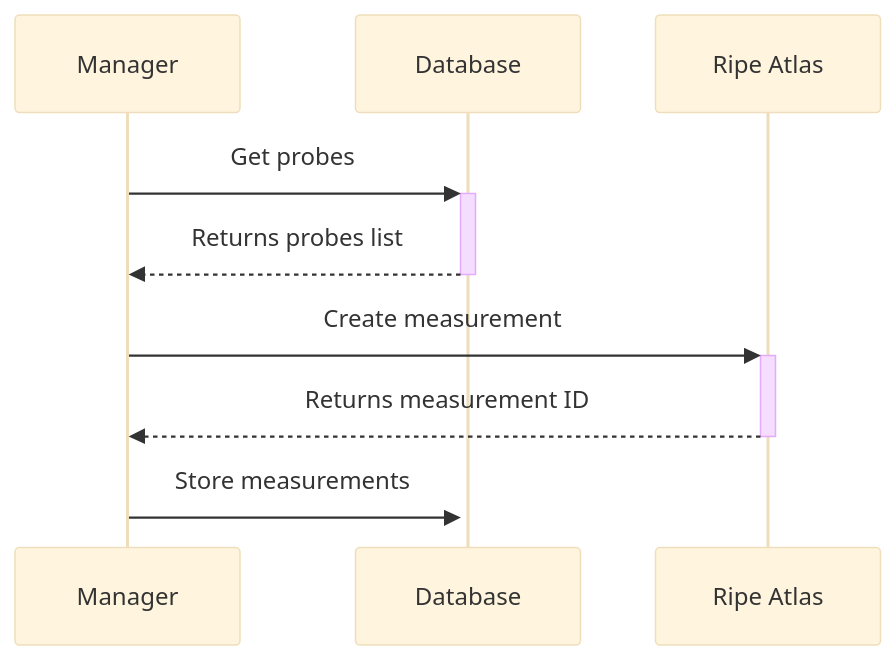
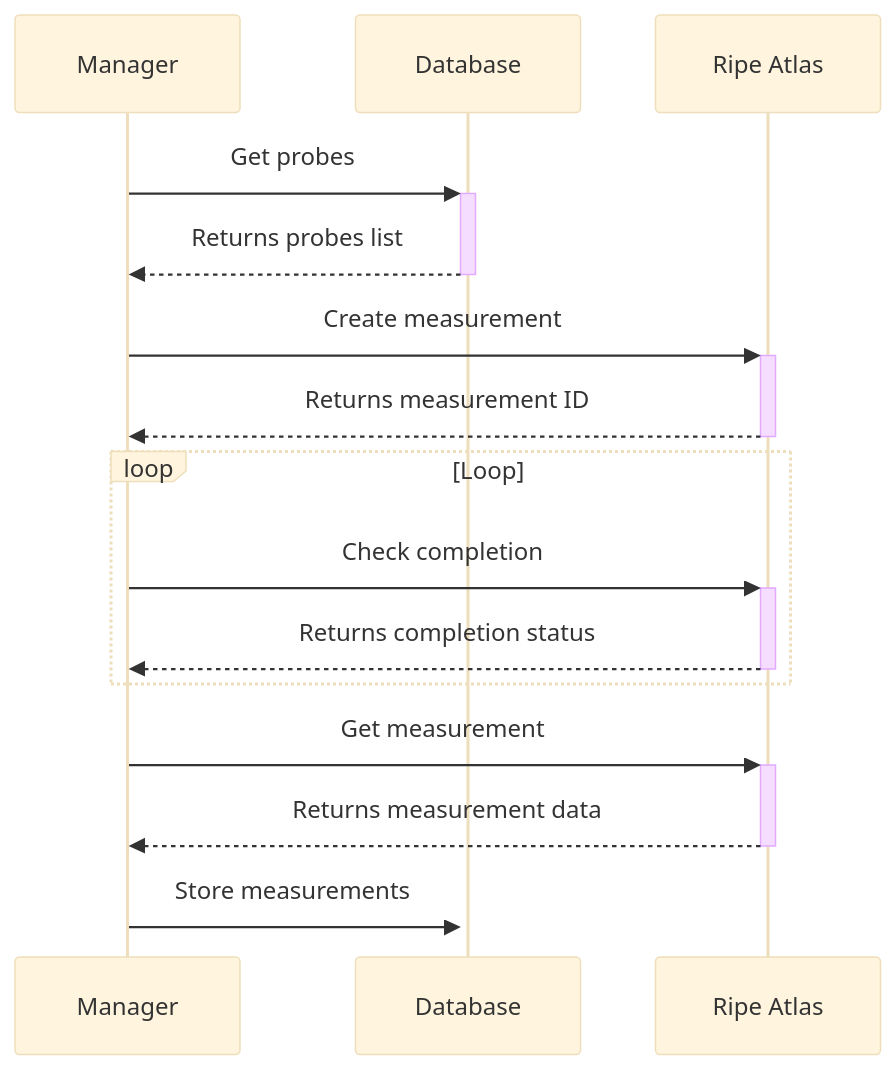
One commit to Consensys/fc-latency-map changed the diagram in docs/diagrams/get-measurements.mmd. Above: the diagram before and after it, drawn with Mermaid (base theme). The commit also changed 6 other files, not shown here.

Commit message:
feat: diagrams

```diff
--- a/docs/diagrams/get-measurements.mmd
+++ b/docs/diagrams/get-measurements.mmd
@@ -1,9 +1,17 @@
 sequenceDiagram
     
     Manager->>+Database: Get probes
     Database-->>-Manager: Returns probes list
 
     Manager->>+Ripe Atlas: Create measurement
     Ripe Atlas-->>-Manager: Returns measurement ID
 
+    loop Loop
+        Manager->>+Ripe Atlas: Check completion
+        Ripe Atlas-->>-Manager: Returns completion status
+    end
+
+    Manager->>+Ripe Atlas: Get measurement
+    Ripe Atlas-->>-Manager: Returns measurement data
+
     Manager->>+Database: Store measurements
```
